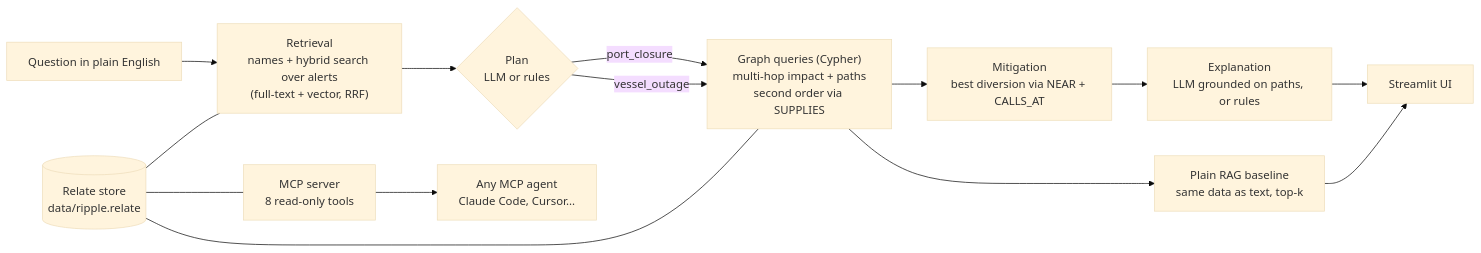
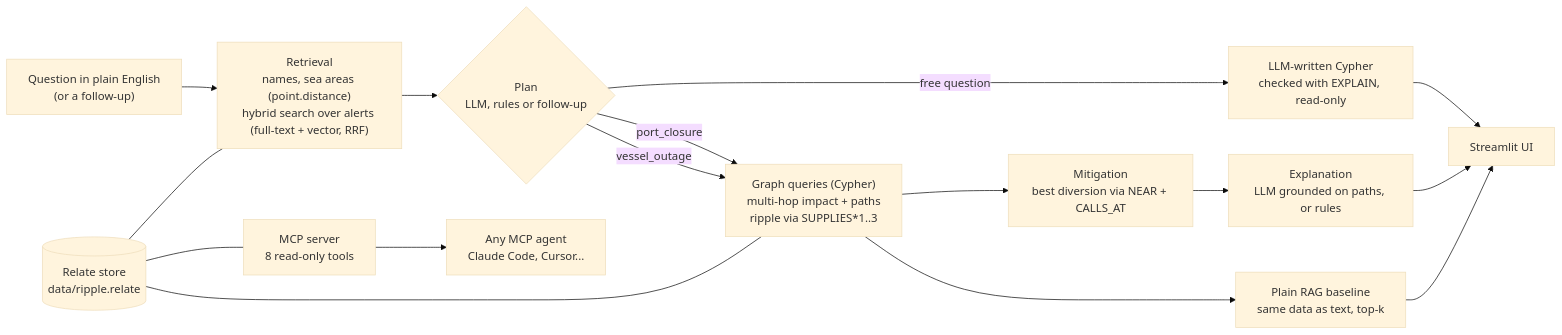
The first of 2 diagrams in README.md (tballochi/ripple-supply-chain-agent), drawn with Mermaid (base theme) before and after one commit. The commit also changed other lines of this file and 1 other file, not shown here.

````diff
--- a/README.md
+++ b/README.md
@@ -63,16 +87,18 @@
 ```mermaid
 flowchart LR
-    Q["Question in plain English"] --> R["Retrieval<br/>names + hybrid search over alerts<br/>(full-text + vector, RRF)"]
-    R --> P{"Plan<br/>LLM or rules"}
-    P -->|port_closure| G["Graph queries (Cypher)<br/>multi-hop impact + paths<br/>second order via SUPPLIES"]
+    Q["Question in plain English<br/>(or a follow-up)"] --> R["Retrieval<br/>names, sea areas (point.distance)<br/>hybrid search over alerts (full-text + vector, RRF)"]
+    R --> P{"Plan<br/>LLM, rules or follow-up"}
+    P -->|port_closure| G["Graph queries (Cypher)<br/>multi-hop impact + paths<br/>ripple via SUPPLIES*1..3"]
     P -->|vessel_outage| G
+    P -->|free question| L["LLM-written Cypher<br/>checked with EXPLAIN, read-only"]
+    L --> UI
     G --> M["Mitigation<br/>best diversion via NEAR + CALLS_AT"]
     M --> E["Explanation<br/>LLM grounded on paths, or rules"]
     E --> UI["Streamlit UI"]
     G --> B["Plain RAG baseline<br/>same data as text, top-k"]
     B --> UI
     DB[("Relate store<br/>data/ripple.relate")] --- R
     DB --- G
     DB --- MCP["MCP server<br/>8 read-only tools"]
     MCP --> A["Any MCP agent<br/>Claude Code, Cursor..."]
 ```
````
